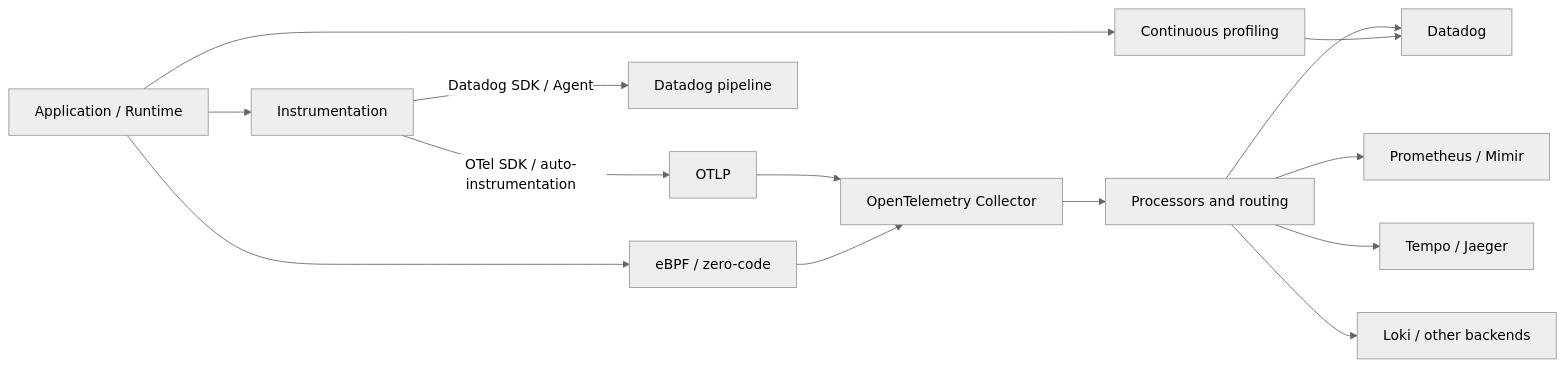
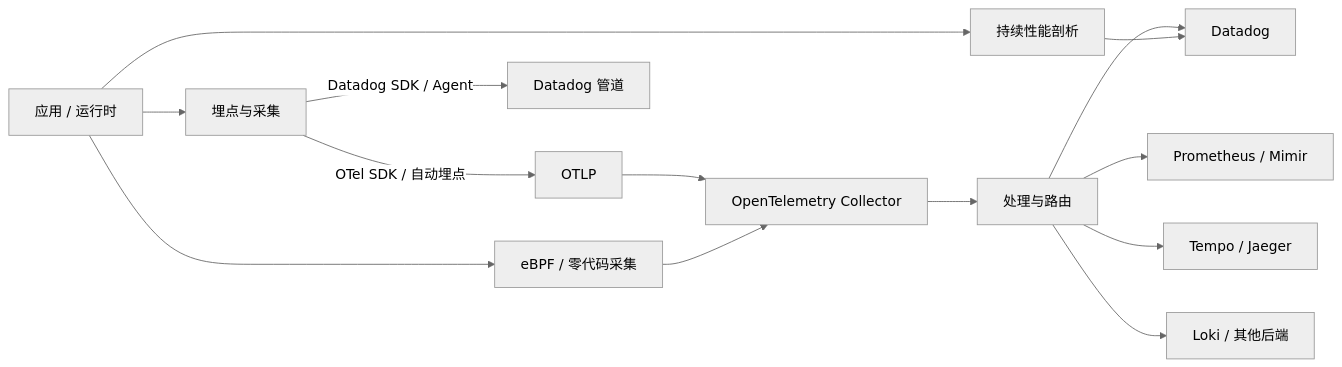
One commit to XiaoWeiKIN/Observability-Fieldnotes changed the second of 3 diagrams in README.md. Above: the diagram before and after it, drawn with Mermaid (neutral theme). The commit also changed other lines of this file, not shown here.

````diff
--- a/README.md
+++ b/README.md
@@ -47,16 +47,16 @@
 ```mermaid
 flowchart LR
-    A["Application / Runtime"] --> B["Instrumentation"]
-    B -->|"OTel SDK / auto-instrumentation"| C["OTLP"]
-    B -->|"Datadog SDK / Agent"| D["Datadog pipeline"]
+    A["应用 / 运行时"] --> B["埋点与采集"]
+    B -->|"OTel SDK / 自动埋点"| C["OTLP"]
+    B -->|"Datadog SDK / Agent"| D["Datadog 管道"]
     C --> E["OpenTelemetry Collector"]
-    E --> F["Processors and routing"]
+    E --> F["处理与路由"]
     F --> G1["Datadog"]
     F --> G2["Prometheus / Mimir"]
     F --> G3["Tempo / Jaeger"]
-    F --> G4["Loki / other backends"]
-    A --> H["eBPF / zero-code"]
+    F --> G4["Loki / 其他后端"]
+    A --> H["eBPF / 零代码采集"]
     H --> E
-    A --> I["Continuous profiling"]
+    A --> I["持续性能剖析"]
     I --> G1
 ```
````
